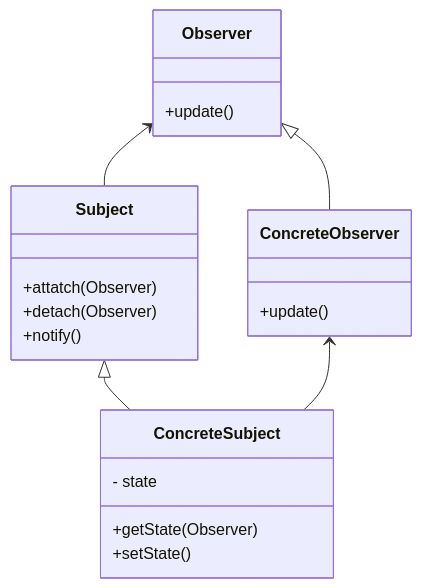
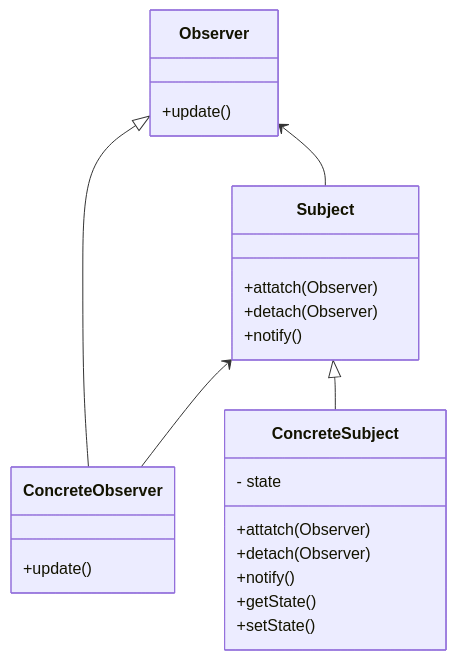
The diagram in design_pattern_practice/src/behavioral/observer/readme.md (AhmedGharib0014/design_pattern_practice), drawn with Mermaid before and after one commit. The commit also changed other lines of this file, not shown here.

Commit message:
refactor :readme observer design pattern

````diff
--- a/design_pattern_practice/src/behavioral/observer/readme.md
+++ b/design_pattern_practice/src/behavioral/observer/readme.md
@@ -11,28 +28,31 @@
 ```mermaid
  classDiagram
     Subject <|-- ConcreteSubject
     Observer <|--ConcreteObserver
     Observer <--Subject
-    ConcreteObserver <--ConcreteSubject
+    Subject <--ConcreteObserver
 
     class Subject {
         +attatch(Observer)
         +detach(Observer)
         +notify()
     }
     
     class ConcreteSubject {
+        +attatch(Observer)
+        +detach(Observer)
+        +notify()
         - state
-        +getState(Observer)
+        +getState()
         +setState()
     }
     
     class Observer {
       +update()
     }
     
      class ConcreteObserver {
       +update()
     }
     
 ```
````
